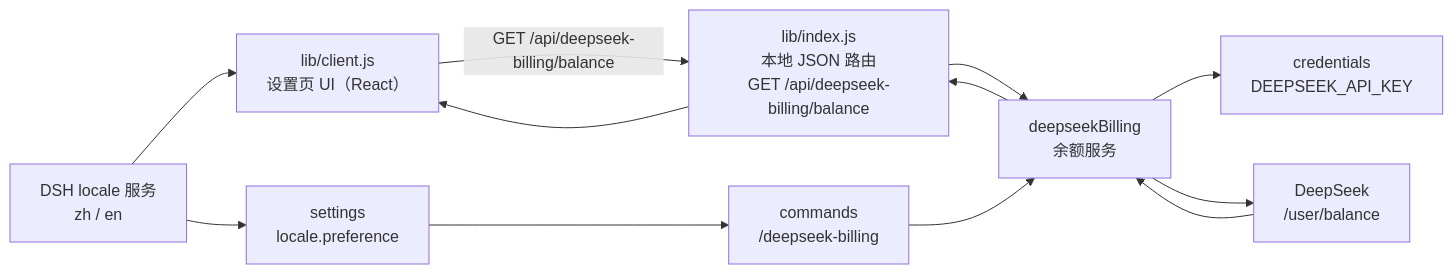
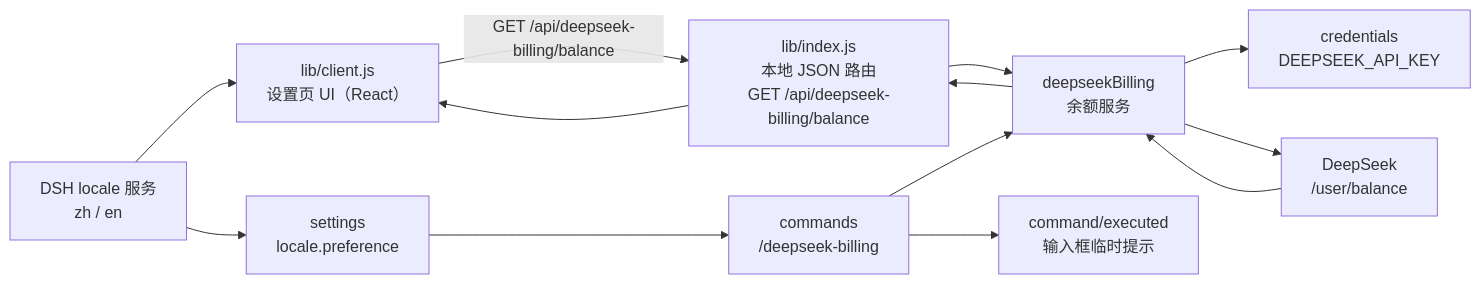
Before and after one commit to golitter/dsh-deepseek-billing: the diagram in docs/design.md, drawn with Mermaid. The commit also changed other lines of this file and 4 other files, not shown here.

````diff
--- a/docs/design.md
+++ b/docs/design.md
@@ -32,20 +32,22 @@
 ```mermaid
 flowchart LR
     UI["lib/client.js<br/>设置页 UI（React）"]
     API["lib/index.js<br/>本地 JSON 路由<br/>GET /api/deepseek-billing/balance"]
     SVC["deepseekBilling<br/>余额服务"]
     KEY["credentials<br/>DEEPSEEK_API_KEY"]
     DS["DeepSeek<br/>/user/balance"]
     LOC["DSH locale 服务<br/>zh / en"]
     PREF["settings<br/>locale.preference"]
     CMD["commands<br/>/deepseek-billing"]
+    NOTICE["command/executed<br/>输入框临时提示"]
     UI -->|"GET /api/deepseek-billing/balance"| API
     API --> SVC
     SVC --> KEY
     SVC --> DS
     DS --> SVC --> API --> UI
     LOC --> UI
     LOC --> PREF
     PREF --> CMD
     CMD --> SVC
+    CMD --> NOTICE
 ```
````
